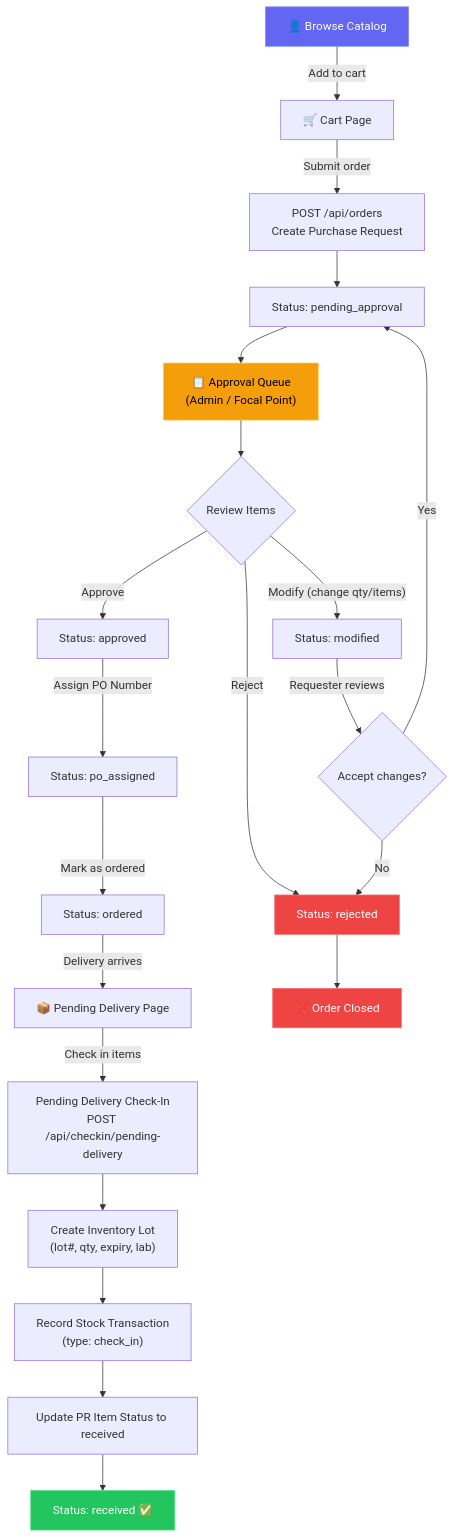
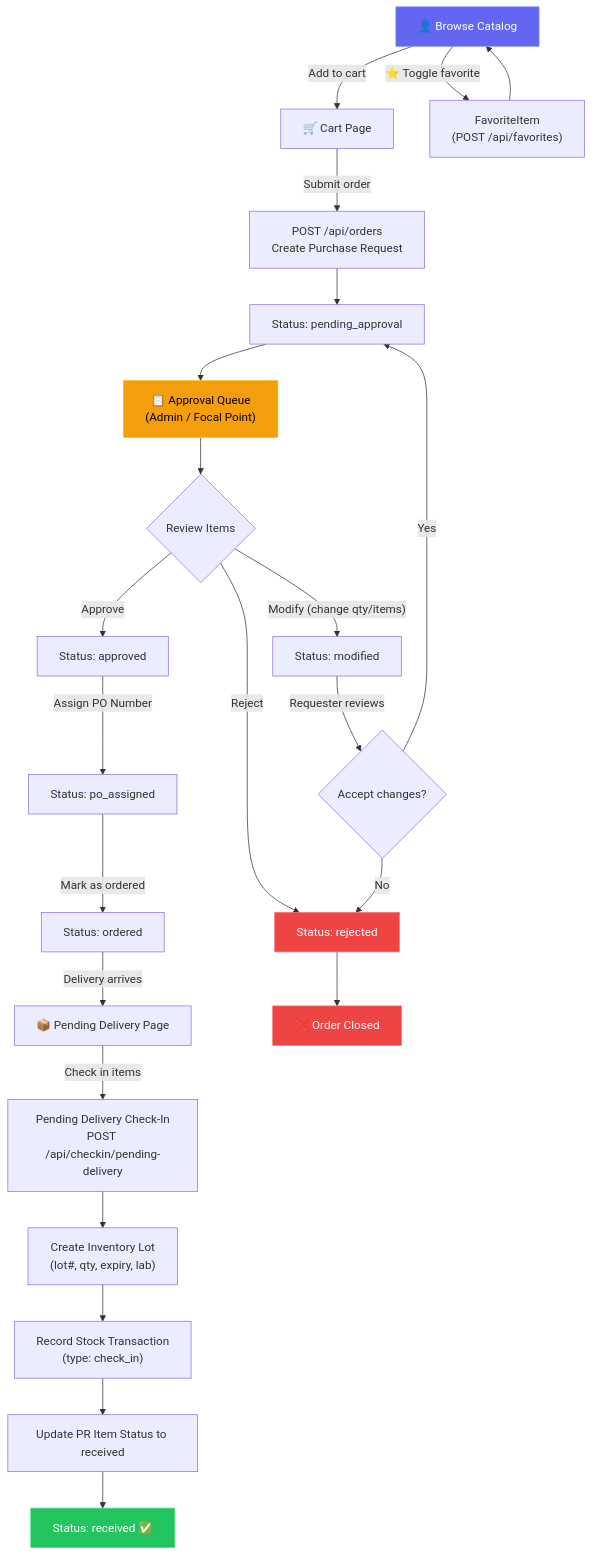
Before and after one commit to SalmonSama/chemical_ordering_monitoring_system_document: the third of 10 diagrams in flowchart.md, drawn with Mermaid. The commit also changed other lines of this file and 1 other file, not shown here.

First line of the commit message:
Remove peroxide FK, add favorites, move to Azure

````diff
--- a/flowchart.md
+++ b/flowchart.md
@@ -102,37 +101,39 @@
 ```mermaid
 flowchart TD
     Browse["👤 Browse Catalog"] -->|Add to cart| Cart["🛒 Cart Page"]
+    Browse -->|"⭐ Toggle favorite"| Fav["FavoriteItem<br/>(POST /api/favorites)"]
+    Fav --> Browse
     Cart -->|Submit order| CreatePR["POST /api/orders<br/>Create Purchase Request"]
 
     CreatePR --> PRStatus["Status: pending_approval"]
 
     PRStatus --> ApprovalQueue["📋 Approval Queue<br/>(Admin / Focal Point)"]
 
     ApprovalQueue --> ReviewPR{Review Items}
 
     ReviewPR -->|"Approve"| Approved["Status: approved"]
     ReviewPR -->|"Reject"| Rejected["Status: rejected"]
     ReviewPR -->|"Modify (change qty/items)"| Modified["Status: modified"]
 
     Modified -->|"Requester reviews"| ReSubmit{Accept changes?}
     ReSubmit -->|Yes| PRStatus
     ReSubmit -->|No| Rejected
 
     Approved -->|"Assign PO Number"| POAssigned["Status: po_assigned"]
     POAssigned -->|"Mark as ordered"| Ordered["Status: ordered"]
     Ordered -->|"Delivery arrives"| PendingDelivery["📦 Pending Delivery Page"]
 
     PendingDelivery -->|"Check in items"| CheckIn["Pending Delivery Check-In<br/>POST /api/checkin/pending-delivery"]
     CheckIn --> CreateLot["Create Inventory Lot<br/>(lot#, qty, expiry, lab)"]
     CreateLot --> StockTx["Record Stock Transaction<br/>(type: check_in)"]
     StockTx --> UpdatePR["Update PR Item Status to received"]
     UpdatePR --> Complete["Status: received ✅"]
 
     Rejected --> End["❌ Order Closed"]
 
     style Browse fill:#6366f1,stroke:#818cf8,color:#fff
     style Complete fill:#22c55e,stroke:#4ade80,color:#fff
     style Rejected fill:#ef4444,stroke:#f87171,color:#fff
     style End fill:#ef4444,stroke:#f87171,color:#fff
     style ApprovalQueue fill:#f59e0b,stroke:#fbbf24,color:#000
 ```
````
